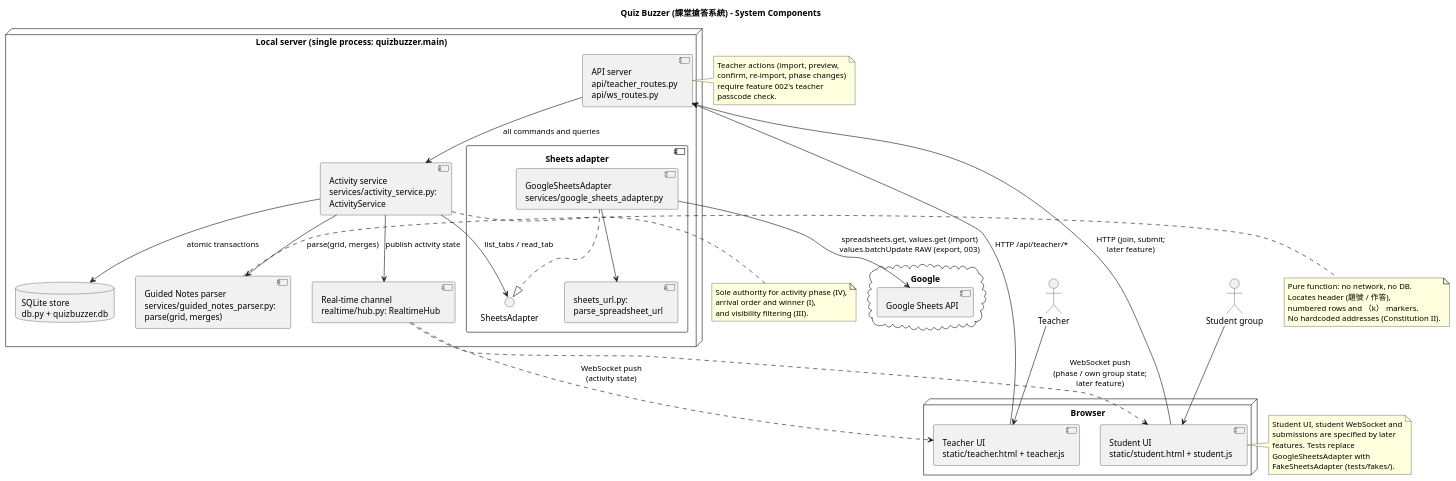
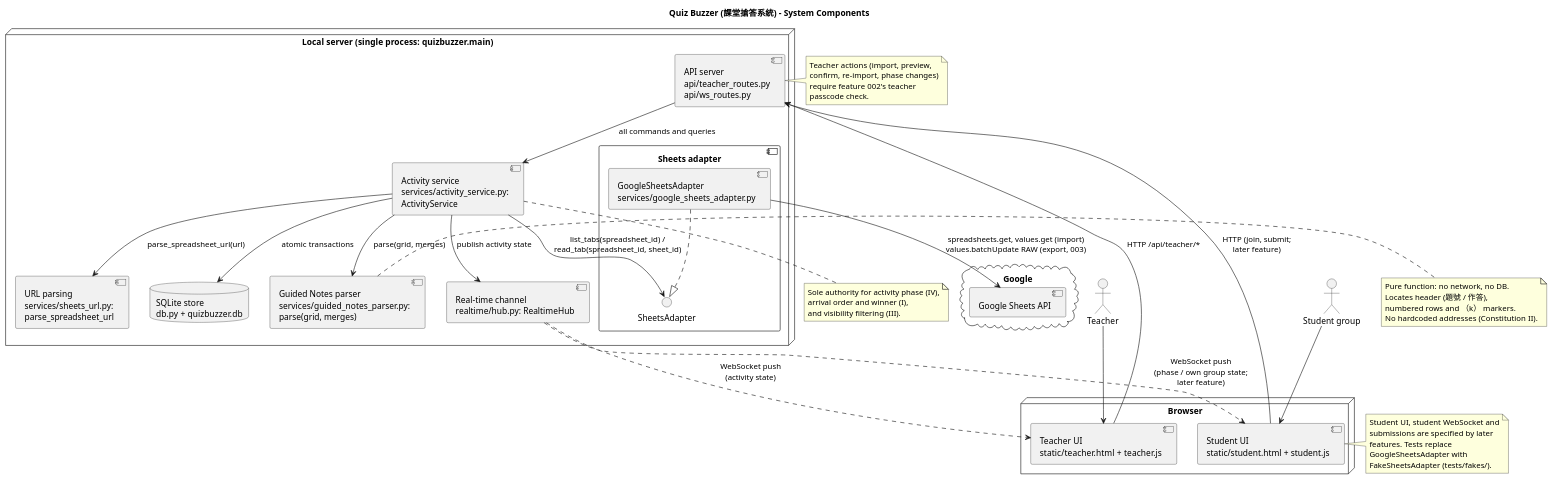
One commit to WasabiSaikou/quiz-buzzer changed the diagram in diagrams/system-component.puml. Above: the diagram before and after it, drawn with PlantUML. The commit also changed 16 other files, not shown here.

```diff
--- a/diagrams/system-component.puml
+++ b/diagrams/system-component.puml
@@ -1,77 +1,77 @@
 @startuml system-component
 title Quiz Buzzer (課堂搶答系統) - System Components
 
 skinparam componentStyle uml2
 skinparam shadowing false
 skinparam defaultFontName "Microsoft JhengHei"
 
 actor Teacher
 actor "Student group" as Student
 
 node "Browser" {
   [Teacher UI\nstatic/teacher.html + teacher.js] as TUI
   [Student UI\nstatic/student.html + student.js] as SUI
 }
 
 node "Local server (single process: quizbuzzer.main)" {
   [API server\napi/teacher_routes.py\napi/ws_routes.py] as API
   [Real-time channel\nrealtime/hub.py: RealtimeHub] as RT
   [Activity service\nservices/activity_service.py:\nActivityService] as ACT
   [Guided Notes parser\nservices/guided_notes_parser.py:\nparse(grid, merges)] as PARSER
   component "Sheets adapter" as SA {
     interface "SheetsAdapter" as SAI
     [GoogleSheetsAdapter\nservices/google_sheets_adapter.py] as GSAD
-    [sheets_url.py:\nparse_spreadsheet_url] as URL
   }
+  [URL parsing\nservices/sheets_url.py:\nparse_spreadsheet_url] as URL
   database "SQLite store\ndb.py + quizbuzzer.db" as DB
 }
 
 cloud "Google" {
   [Google Sheets API] as GSA
 }
 
 Teacher --> TUI
 Student --> SUI
 
 TUI --> API : HTTP /api/teacher/*
 SUI --> API : HTTP (join, submit;\nlater feature)
 RT ..> TUI : WebSocket push\n(activity state)
 RT ..> SUI : WebSocket push\n(phase / own group state;\nlater feature)
 
 API --> ACT : all commands and queries
-ACT --> SAI : list_tabs / read_tab
+ACT --> SAI : list_tabs(spreadsheet_id) /\nread_tab(spreadsheet_id, sheet_id)
 ACT --> PARSER : parse(grid, merges)
 ACT --> DB : atomic transactions
 ACT --> RT : publish activity state
 GSAD ..|> SAI
-GSAD --> URL
+ACT --> URL : parse_spreadsheet_url(url)
 GSAD --> GSA : spreadsheets.get, values.get (import)\nvalues.batchUpdate RAW (export, 003)
 
 note right of PARSER
   Pure function: no network, no DB.
   Locates header (題號 / 作答),
   numbered rows and （k） markers.
   No hardcoded addresses (Constitution II).
 end note
 
 note bottom of ACT
   Sole authority for activity phase (IV),
   arrival order and winner (I),
   and visibility filtering (III).
 end note
 
 note right of SUI
   Student UI, student WebSocket and
   submissions are specified by later
   features. Tests replace
   GoogleSheetsAdapter with
   FakeSheetsAdapter (tests/fakes/).
 end note
 
 note left of API
   Teacher actions (import, preview,
   confirm, re-import, phase changes)
   require feature 002's teacher
   passcode check.
 end note
 @enduml
```
